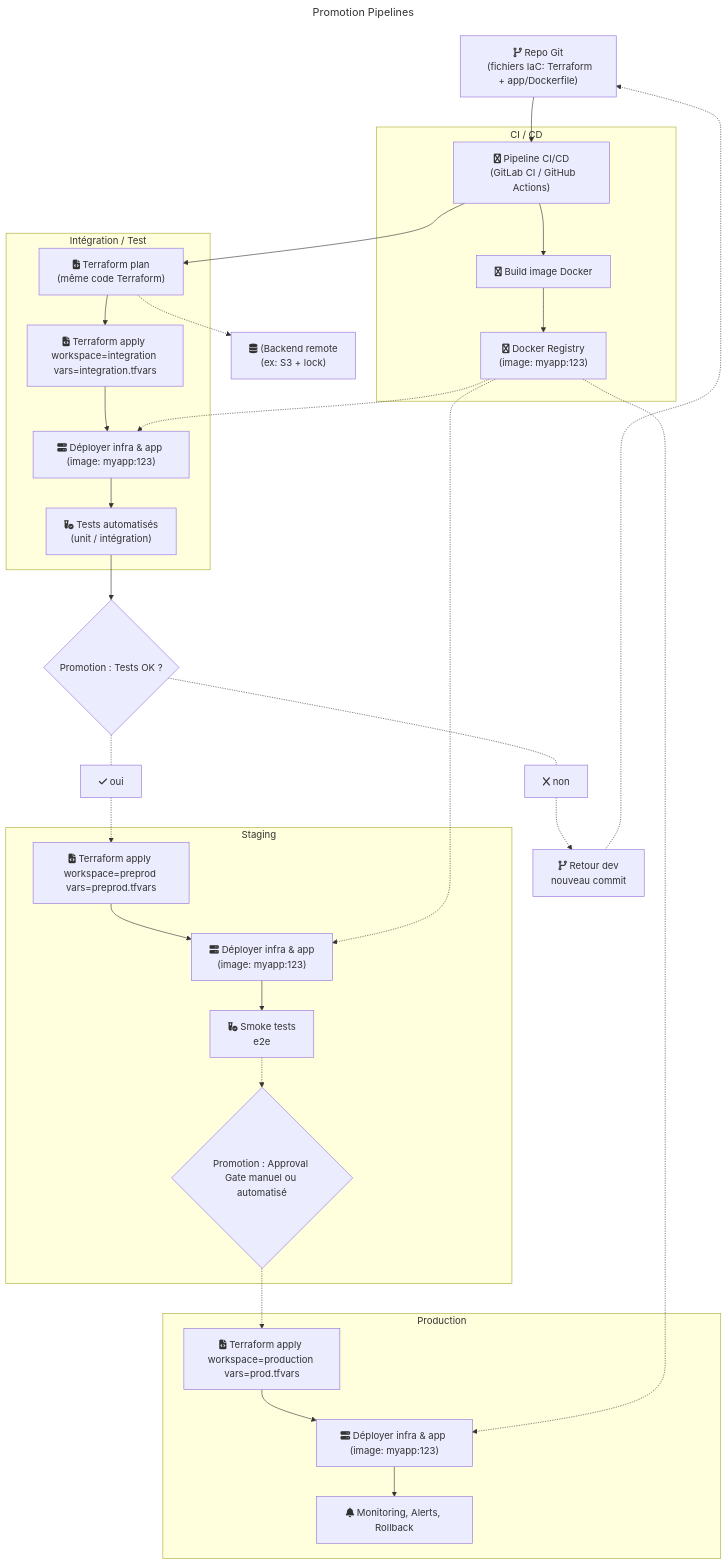
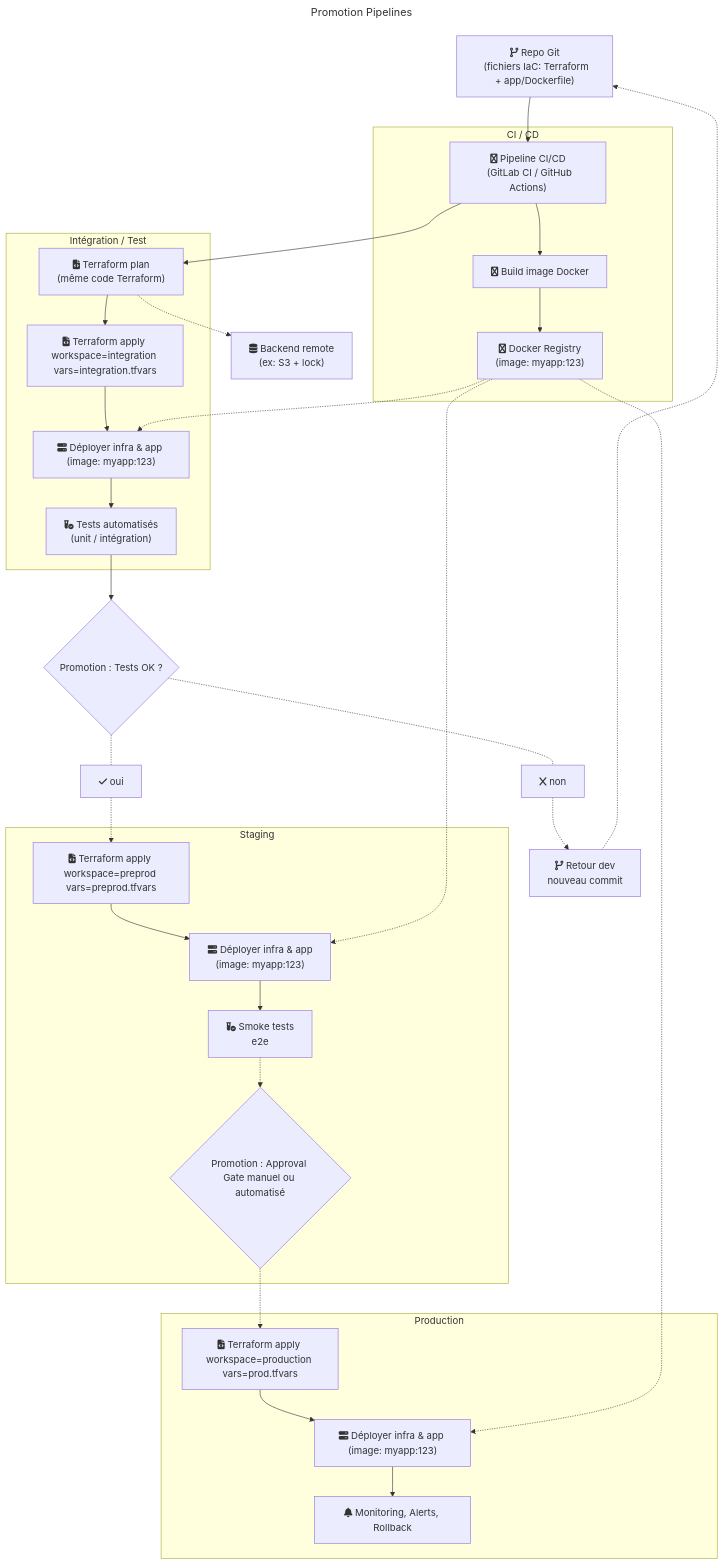
Before and after one commit to tavenel/website: the fifth of 5 diagrams in src/courses/cicd/cours-intro-ci.md, drawn with Mermaid. The commit also changed 8 other files, not shown here.

````diff
--- a/src/courses/cicd/cours-intro-ci.md
+++ b/src/courses/cicd/cours-intro-ci.md
@@ -401,64 +401,64 @@
 ```mermaid
 ---
 title: Promotion Pipelines
 ---
 flowchart
   %% Actors & repo
   Dev["fa:fa-code-branch Repo Git
   (fichiers IaC: Terraform + app/Dockerfile)"]
   Dev --> CI["fa:fa-gitlab Pipeline CI/CD
   (GitLab CI / GitHub Actions)"]
 
   %% Build & registry
   subgraph CICD [CI / CD]
     CI --> Build["fa:fa-docker Build image Docker"]
     Build --> Registry["fa:fa-docker Docker Registry
     (image: myapp:123)"]
   end
   
   %% Common IaC code
   CI --> TF_PLAN["fa:fa-file-code Terraform plan
   (même code Terraform)"]
 
   %% Remote state / vars
-  RemoteState["fa:fa-database (Backend remote
+  RemoteState["fa:fa-database Backend remote
   (ex: S3 + lock)"]
   TF_PLAN -.-> RemoteState
 
   %% Integration stage
   subgraph INT [Intégration / Test]
     TF_INT[fa:fa-file-code Terraform apply workspace=integration vars=integration.tfvars]
     TF_PLAN --> TF_INT
     TF_INT --> Deploy_INT["fa:fa-server Déployer infra & app (image: myapp:123)"]
     Registry -.-> Deploy_INT
     Deploy_INT --> Tests_INT["fa:fa-vial-circle-check Tests automatisés
     (unit / intégration)"]
   end
 
   
   %% Promotion decision
   Tests_INT --> Promote{Promotion : Tests OK ?}
   Promote -.- non[fa:fa-x non] -.-> Fix[fa:fa-code-branch Retour dev
   nouveau commit]
   Fix -.-> Dev
   Promote -.- oui[fa:fa-check oui] -.-> TF_PRE[fa:fa-file-code Terraform apply workspace=preprod vars=preprod.tfvars]
 
   %% Staging stage
   subgraph STAGING [Staging]
     TF_PRE --> Deploy_PRE["fa:fa-server Déployer infra & app
     (image: myapp:123)"]
     Registry -.-> Deploy_PRE
     Deploy_PRE --> Tests_PRE[fa:fa-vial-circle-check Smoke tests
     e2e]
     Tests_PRE -.-> Approval{Promotion : Approval Gate manuel ou automatisé}
   end
 
   Approval -.-> TF_PROD[fa:fa-file-code Terraform apply workspace=production vars=prod.tfvars]
 
   %% Production stage
   subgraph PROD [Production]
     TF_PROD --> Deploy_PROD["fa:fa-server Déployer infra & app (image: myapp:123)"]
     Registry -.-> Deploy_PROD
     Deploy_PROD --> Monitoring[fa:fa-bell Monitoring, Alerts, Rollback]
   end
 ```
````
